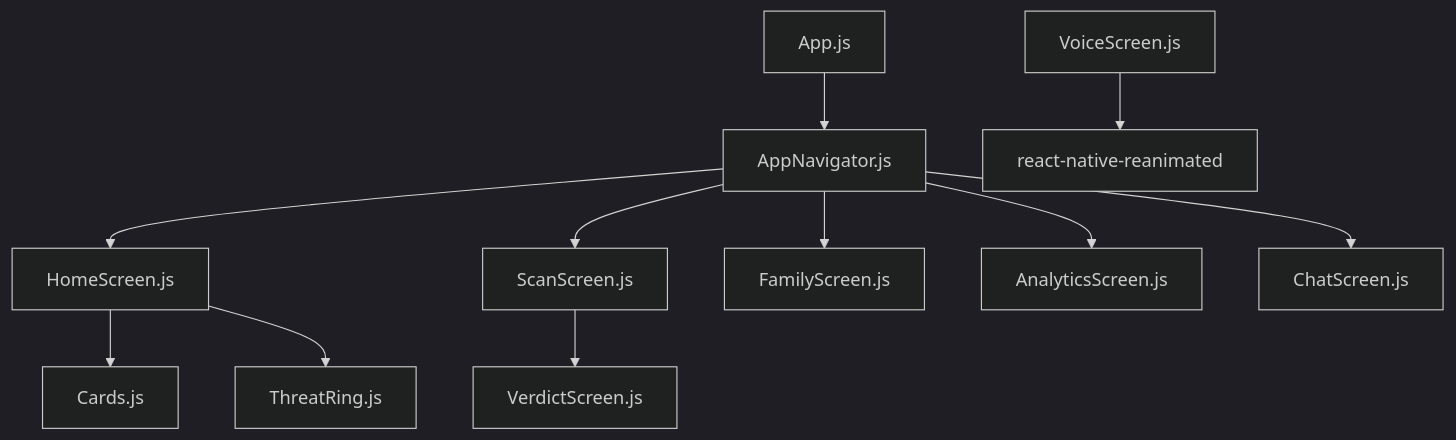
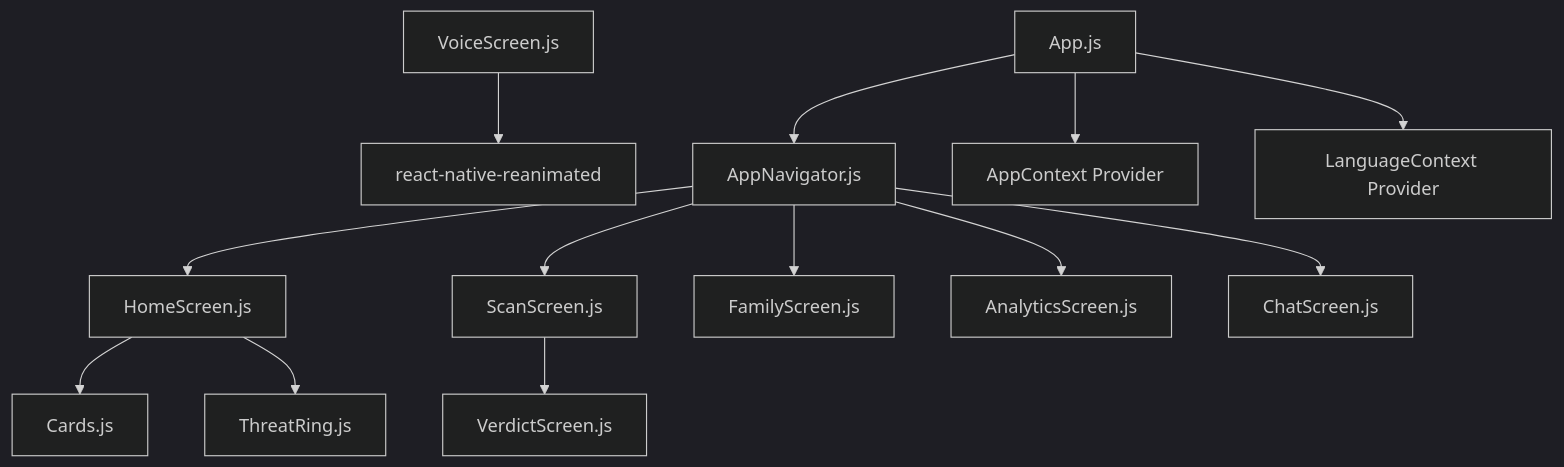
One commit to cyberNoman/Safe-Pakistan changed the first of 5 diagrams in .qoder/repowiki/en/content/Architecture & Design/State Management.md. Above: the diagram before and after it, drawn with Mermaid (dark theme). The commit also changed other lines of this file and 52 other files, not shown here.

````diff
--- a/.qoder/repowiki/en/content/Architecture & Design/State Management.md
+++ b/.qoder/repowiki/en/content/Architecture & Design/State Management.md
@@ -47,13 +59,15 @@
 ```mermaid
 graph TB
 App["App.js"] --> Nav["AppNavigator.js"]
 Nav --> Home["HomeScreen.js"]
 Nav --> Scan["ScanScreen.js"]
 Nav --> Family["FamilyScreen.js"]
 Nav --> Report["AnalyticsScreen.js"]
 Nav --> Chat["ChatScreen.js"]
 Home --> Cards["Cards.js"]
 Home --> ThreatRing["ThreatRing.js"]
 Scan --> Verdict["VerdictScreen.js"]
 Voice["VoiceScreen.js"] --> Reanim["react-native-reanimated"]
+App --> AppCtx["AppContext Provider"]
+App --> LangCtx["LanguageContext Provider"]
 ```
````
